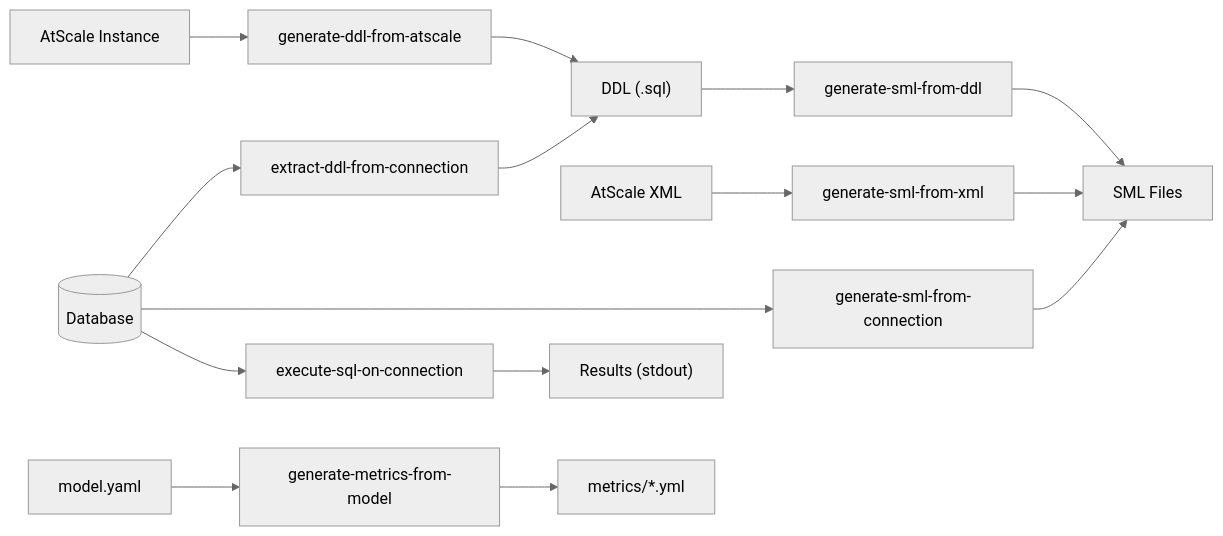
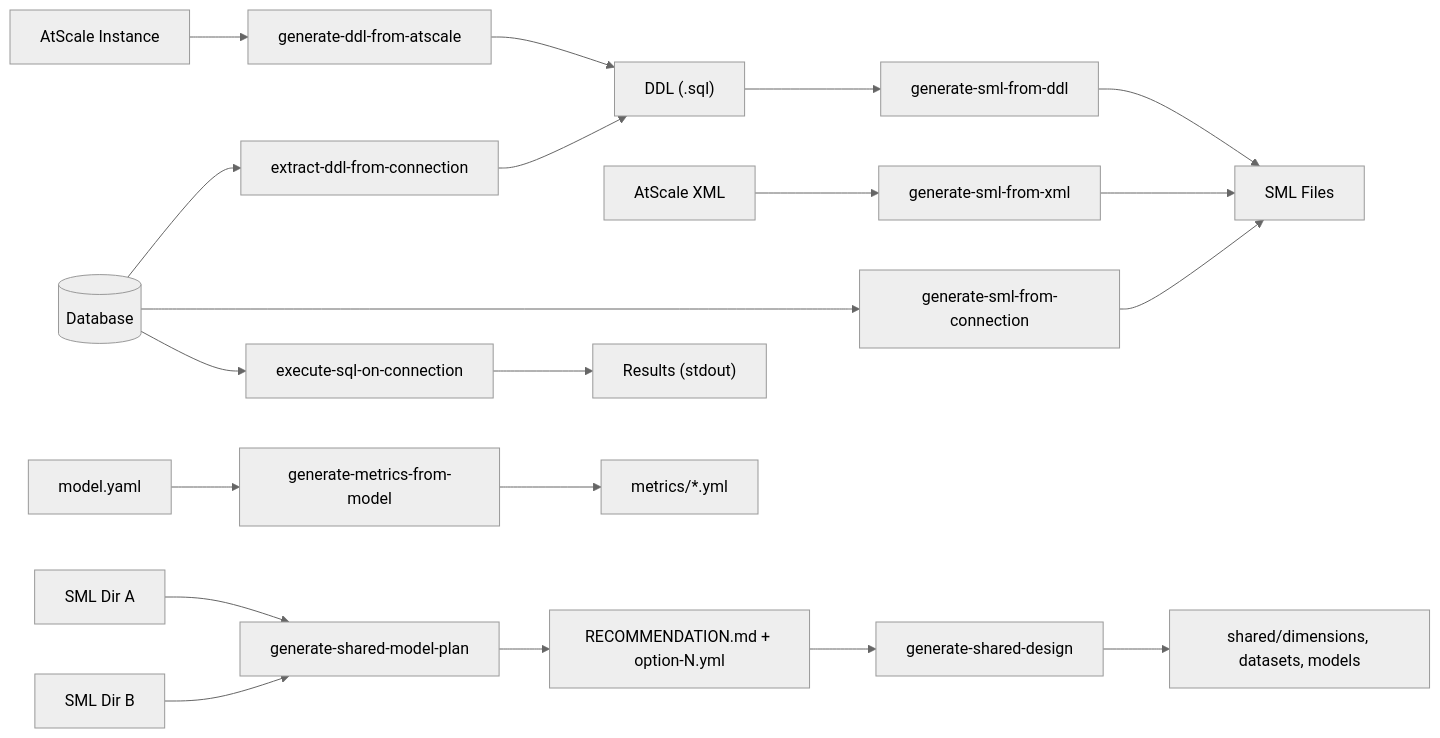
Before and after one commit to AtScaleInc/ps-utils: the second of 6 diagrams in README.md, drawn with Mermaid (neutral theme). The commit also changed other lines of this file and 15 other files, not shown here.

````diff
--- a/README.md
+++ b/README.md
@@ -28,17 +28,22 @@
 ```mermaid
 flowchart LR
     DB[("Database")] --> A["extract-ddl-from-connection"] --> DDL["DDL (.sql)"]
     ATS["AtScale Instance"] --> B["generate-ddl-from-atscale"] --> DDL
     DDL --> C["generate-sml-from-ddl"] --> SML["SML Files"]
     DB --> D["generate-sml-from-connection"] --> SML
     XML["AtScale XML"] --> G["generate-sml-from-xml"] --> SML
+    SML2A["SML Dir A"] --> H["generate-shared-model-plan"] --> PLAN["RECOMMENDATION.md + option-N.yml"]
+    SML2B["SML Dir B"] --> H
+    PLAN --> I["generate-shared-design"] --> SHARED["shared/dimensions, datasets, models"]
     DB --> E["execute-sql-on-connection"] --> OUT["Results (stdout)"]
     MODEL["model.yaml"] --> F["generate-metrics-from-model"] --> METRICS["metrics/*.yml"]
     click A href "#extract-ddl-from-connection"
     click B href "#generate-ddl-from-atscale"
     click C href "#generate-sml-from-ddl"
     click D href "#generate-sml-from-connection"
     click E href "#execute-sql-on-connection"
     click F href "#generate-metrics-from-model"
     click G href "#generate-sml-from-xml"
+    click H href "#generate-shared-model-plan"
+    click I href "#generate-shared-design"
 ```
````
